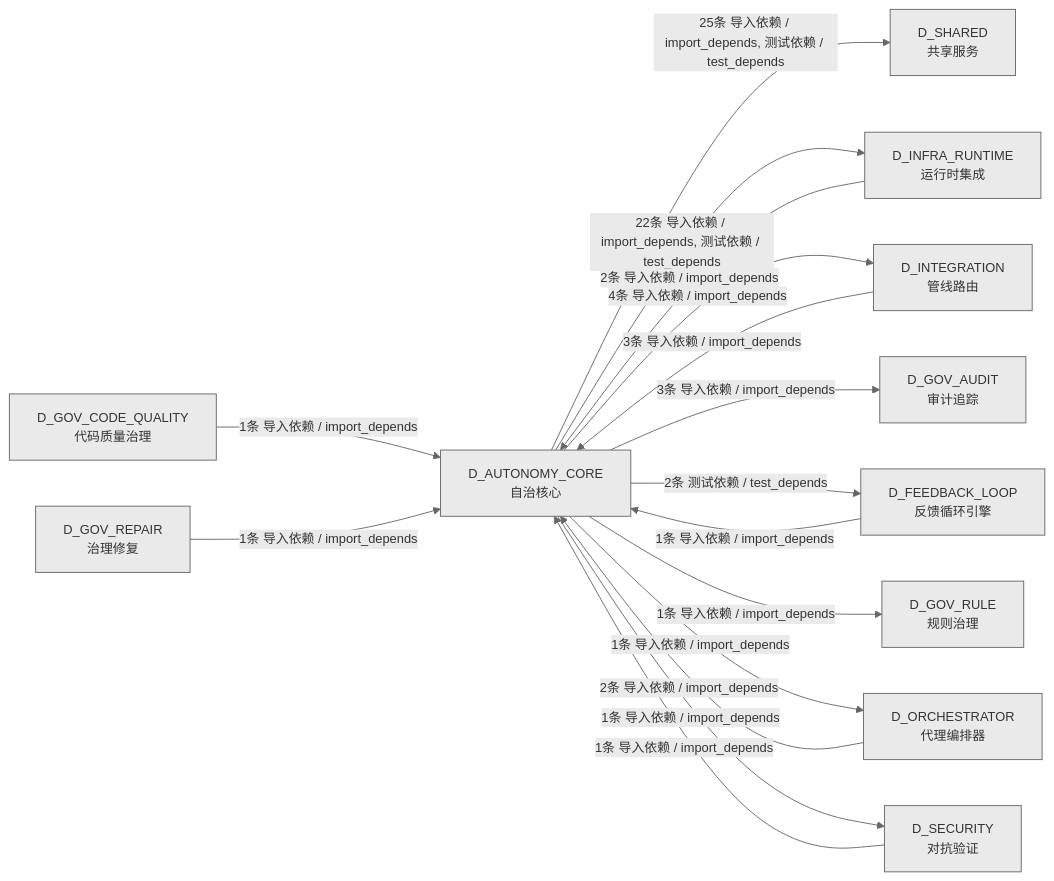
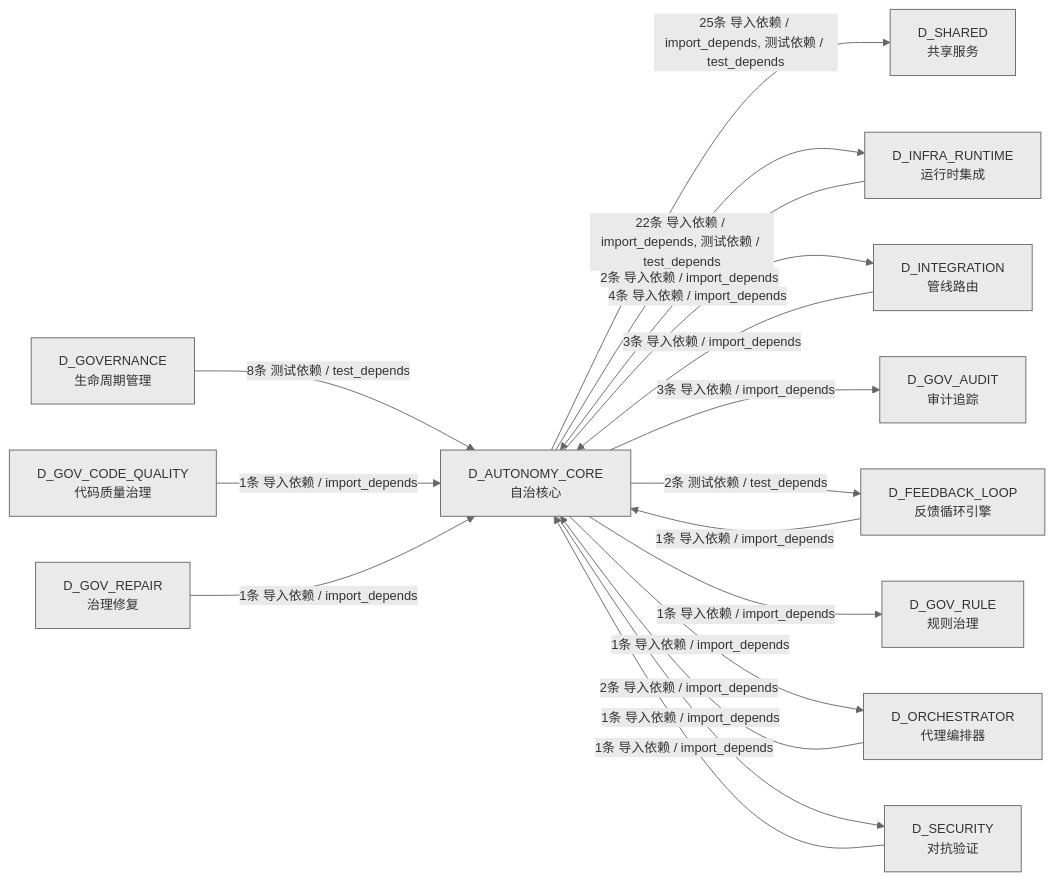
One commit to xuanFelixVan/ZephyrAlpha changed the third of 3 diagrams in docs/02_enterprise_architecture/02_domain_architecture_docs/10_d_autonomy_core.md. Above: the diagram before and after it, drawn with Mermaid. The commit also changed other lines of this file and 45 other files, not shown here.

````diff
--- a/docs/02_enterprise_architecture/02_domain_architecture_docs/10_d_autonomy_core.md
+++ b/docs/02_enterprise_architecture/02_domain_architecture_docs/10_d_autonomy_core.md
@@ -803,30 +815,32 @@
 ```mermaid
 %%{init: {'theme': 'base', 'themeVariables': {'primaryColor': '#eaeaea', 'primaryTextColor': '#333333', 'primaryBorderColor': '#666666', 'lineColor': '#666666', 'secondaryColor': '#eaeaea', 'tertiaryColor': '#eaeaea', 'fontSize': '14px'}}}%%
 graph LR
     D_AUTONOMY_CORE["D_AUTONOMY_CORE<br/>自治核心"]
     D_SHARED["D_SHARED<br/>共享服务"]
     D_INFRA_RUNTIME["D_INFRA_RUNTIME<br/>运行时集成"]
     D_INTEGRATION["D_INTEGRATION<br/>管线路由"]
     D_GOV_AUDIT["D_GOV_AUDIT<br/>审计追踪"]
     D_FEEDBACK_LOOP["D_FEEDBACK_LOOP<br/>反馈循环引擎"]
     D_GOV_RULE["D_GOV_RULE<br/>规则治理"]
     D_ORCHESTRATOR["D_ORCHESTRATOR<br/>代理编排器"]
     D_SECURITY["D_SECURITY<br/>对抗验证"]
+    D_GOVERNANCE["D_GOVERNANCE<br/>生命周期管理"]
     D_GOV_CODE_QUALITY["D_GOV_CODE_QUALITY<br/>代码质量治理"]
     D_GOV_REPAIR["D_GOV_REPAIR<br/>治理修复"]
     D_AUTONOMY_CORE -->|25条 导入依赖 / import_depends, 测试依赖 / test_depends| D_SHARED
     D_AUTONOMY_CORE -->|22条 导入依赖 / import_depends, 测试依赖 / test_depends| D_INFRA_RUNTIME
     D_AUTONOMY_CORE -->|4条 导入依赖 / import_depends| D_INTEGRATION
     D_AUTONOMY_CORE -->|3条 导入依赖 / import_depends| D_GOV_AUDIT
     D_AUTONOMY_CORE -->|2条 测试依赖 / test_depends| D_FEEDBACK_LOOP
     D_AUTONOMY_CORE -->|1条 导入依赖 / import_depends| D_GOV_RULE
     D_AUTONOMY_CORE -->|1条 导入依赖 / import_depends| D_ORCHESTRATOR
     D_AUTONOMY_CORE -->|1条 导入依赖 / import_depends| D_SECURITY
+    D_GOVERNANCE -->|8条 测试依赖 / test_depends| D_AUTONOMY_CORE
     D_INTEGRATION -->|3条 导入依赖 / import_depends| D_AUTONOMY_CORE
     D_INFRA_RUNTIME -->|2条 导入依赖 / import_depends| D_AUTONOMY_CORE
     D_ORCHESTRATOR -->|2条 导入依赖 / import_depends| D_AUTONOMY_CORE
+    D_SECURITY -->|1条 导入依赖 / import_depends| D_AUTONOMY_CORE
+    D_GOV_CODE_QUALITY -->|1条 导入依赖 / import_depends| D_AUTONOMY_CORE
+    D_GOV_REPAIR -->|1条 导入依赖 / import_depends| D_AUTONOMY_CORE
     D_FEEDBACK_LOOP -->|1条 导入依赖 / import_depends| D_AUTONOMY_CORE
-    D_GOV_CODE_QUALITY -->|1条 导入依赖 / import_depends| D_AUTONOMY_CORE
-    D_SECURITY -->|1条 导入依赖 / import_depends| D_AUTONOMY_CORE
-    D_GOV_REPAIR -->|1条 导入依赖 / import_depends| D_AUTONOMY_CORE
 ```
````
